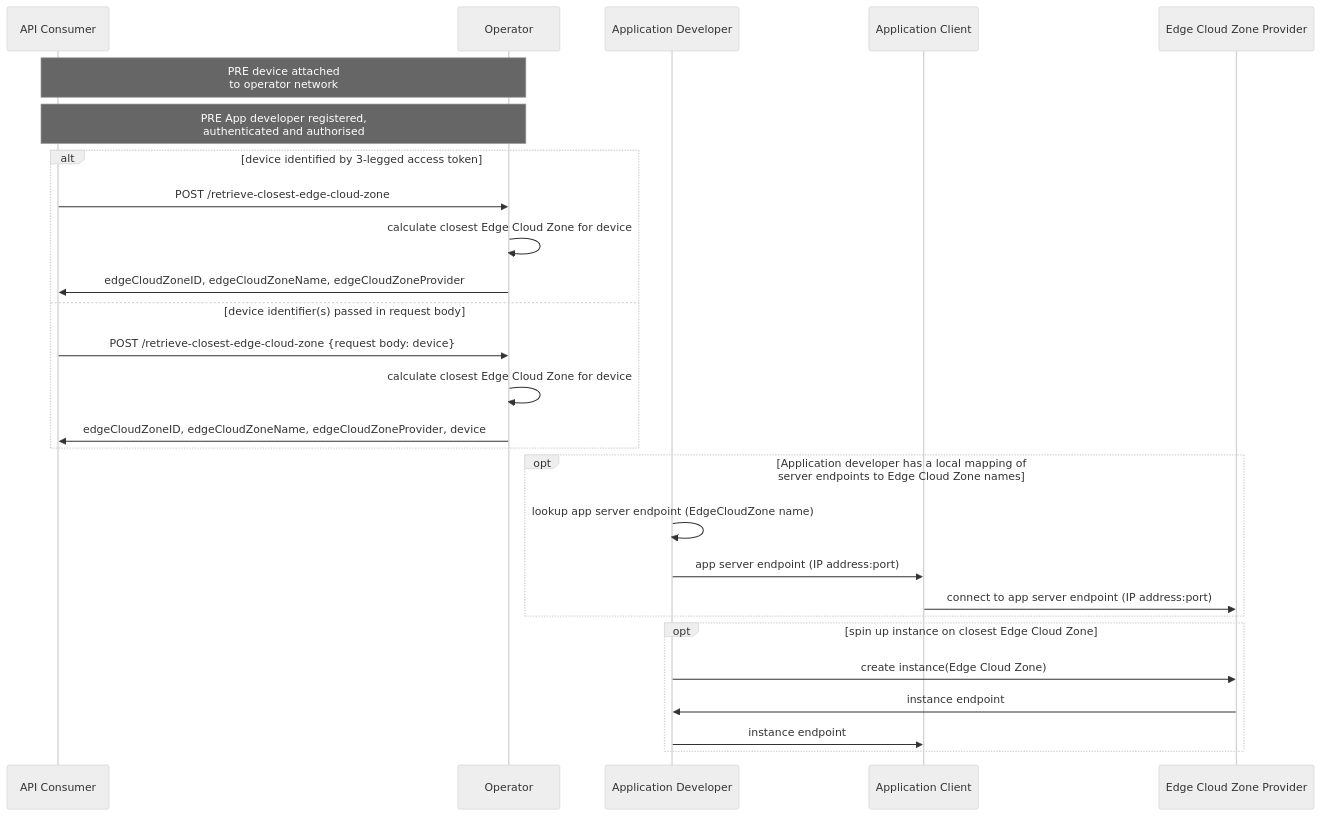
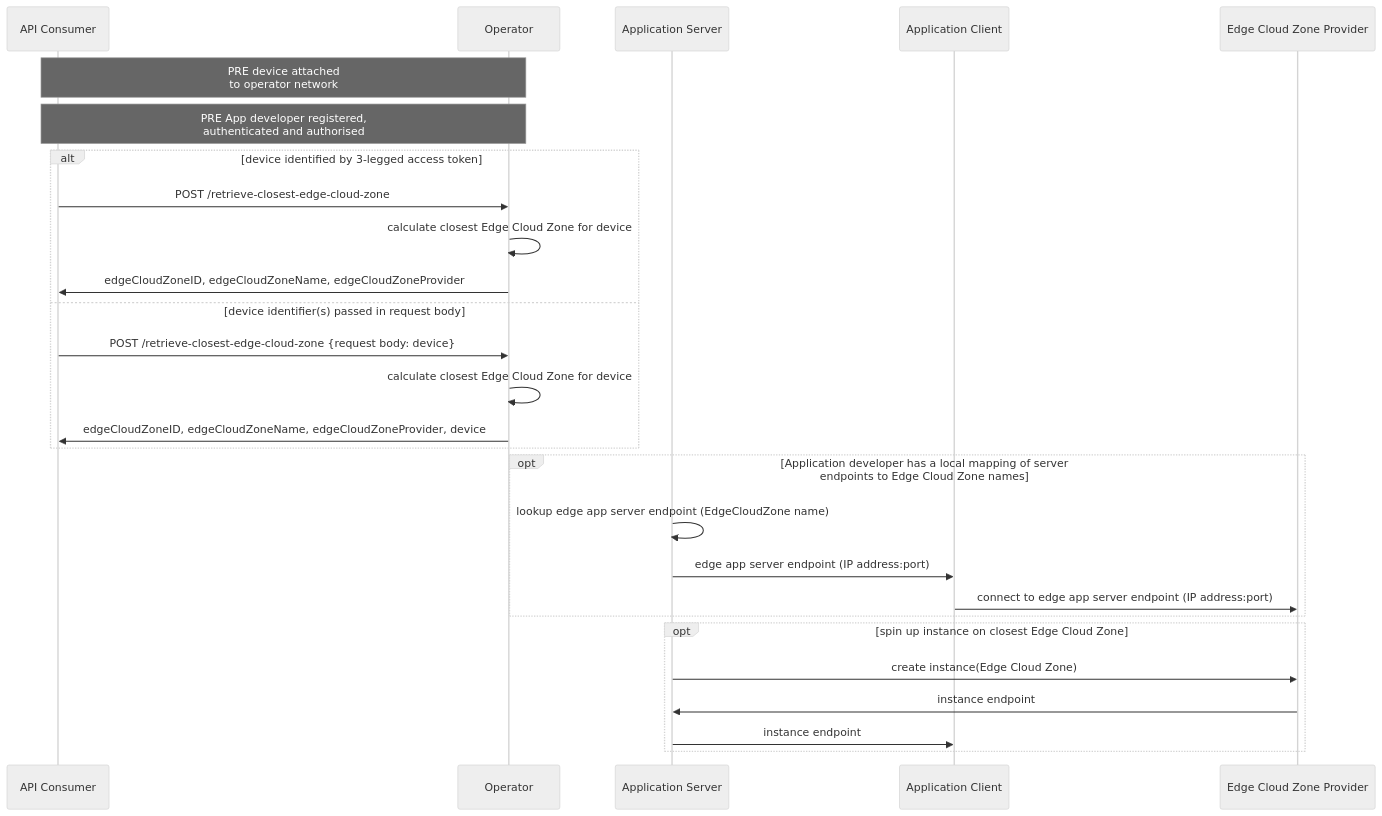
The diagram in documentation/API_documentation/SimpleEdgeDiscovery_User_Story.md (camaraproject/SimpleEdgeDiscovery), drawn with Mermaid (neutral theme) before and after one commit. The commit also changed other lines of this file, not shown here.

Commit message:
docs: update consent text and mermaid diagram actors in User Story

````diff
--- a/documentation/API_documentation/SimpleEdgeDiscovery_User_Story.md
+++ b/documentation/API_documentation/SimpleEdgeDiscovery_User_Story.md
@@ -25,24 +25,24 @@
 ```mermaid
 sequenceDiagram
     Note over API Consumer, Operator: PRE device attached <br/> to operator network
     Note over API Consumer, Operator: PRE App developer registered, <br/> authenticated and authorised
    alt device identified by 3-legged access token
     API Consumer->>Operator: POST /retrieve-closest-edge-cloud-zone
     Operator->>Operator: calculate closest Edge Cloud Zone for device
     Operator->>API Consumer: edgeCloudZoneID, edgeCloudZoneName, edgeCloudZoneProvider
    else device identifier(s) passed in request body
     API Consumer->>Operator: POST /retrieve-closest-edge-cloud-zone {request body: device}
     Operator->>Operator: calculate closest Edge Cloud Zone for device
     Operator->>API Consumer: edgeCloudZoneID, edgeCloudZoneName, edgeCloudZoneProvider, device
    end
    opt Application developer has a local mapping of server endpoints to Edge Cloud Zone names
-    Application Developer->>Application Developer: lookup app server endpoint (EdgeCloudZone name)
-    Application Developer->>Application Client: app server endpoint (IP address:port)
-    Application Client->>Edge Cloud Zone Provider: connect to app server endpoint (IP address:port)
+    Application Server->>Application Server: lookup edge app server endpoint (EdgeCloudZone name)
+    Application Server->>Application Client: edge app server endpoint (IP address:port)
+    Application Client->>Edge Cloud Zone Provider: connect to edge app server endpoint (IP address:port)
    end
    opt spin up instance on closest Edge Cloud Zone
-    Application Developer->>Edge Cloud Zone Provider: create instance(Edge Cloud Zone)
-    Edge Cloud Zone Provider->>Application Developer: instance endpoint
-    Application Developer->>Application Client: instance endpoint
+    Application Server->>Edge Cloud Zone Provider: create instance(Edge Cloud Zone)
+    Edge Cloud Zone Provider->>Application Server: instance endpoint
+    Application Server->>Application Client: instance endpoint
    end
 ```
````
